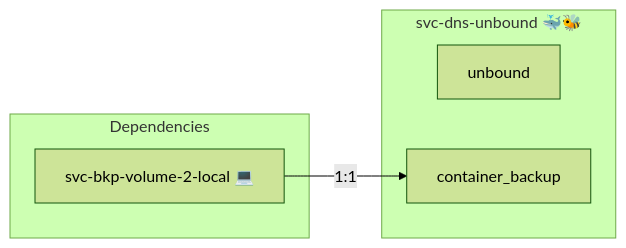
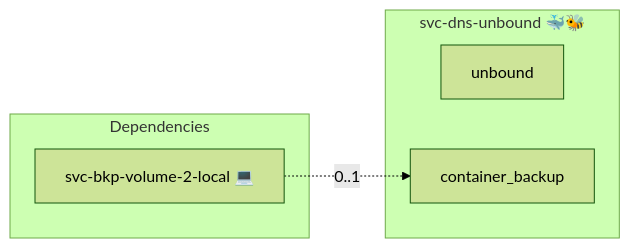
The diagram in roles/svc-dns-unbound/README.md (AlejandroRomanIbanez/infinito-nexus), drawn with Mermaid (forest theme) before and after one commit. The commit also changed other lines of this file and 251 other files, not shown here.

````diff
--- a/roles/svc-dns-unbound/README.md
+++ b/roles/svc-dns-unbound/README.md
@@ -19,11 +19,11 @@
 ```mermaid
 flowchart LR
     subgraph deps [Dependencies]
         dep_svc_bkp_volume_2_local["svc-bkp-volume-2-local 💻"]
     end
     subgraph role [svc-dns-unbound 🐳🐝]
         svc_unbound["unbound"]
         svc_container_backup["container_backup"]
     end
-    dep_svc_bkp_volume_2_local -- "1:1" --> svc_container_backup
+    dep_svc_bkp_volume_2_local -. "0..1" .-> svc_container_backup
 ```
````
